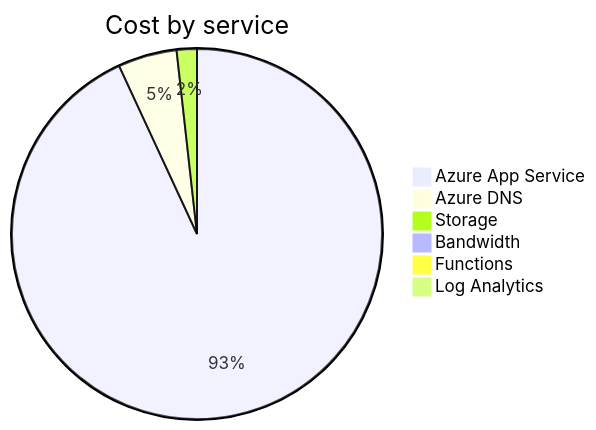
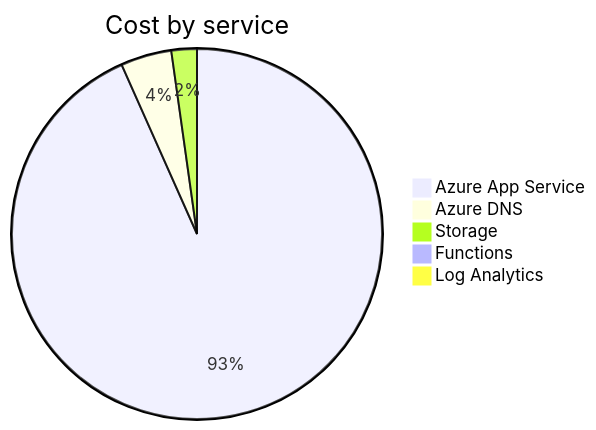
One commit to jpfulton/azure-personal-reports changed the second of 4 diagrams in cost-reports/accumulated-cost.md. Above: the diagram before and after it, drawn with Mermaid. The commit also changed other lines of this file and 4 other files, not shown here.

````diff
--- a/cost-reports/accumulated-cost.md
+++ b/cost-reports/accumulated-cost.md
@@ -100,10 +99,9 @@
 ```mermaid
 pie
    title Cost by service
-   "Azure App Service" : 17.93
-   "Azure DNS" : 0.99
-   "Storage" : 0.34
-   "Bandwidth" : 0.00
+   "Azure App Service" : 0.42
+   "Azure DNS" : 0.02
+   "Storage" : 0.01
    "Functions" : 0.00
    "Log Analytics" : 0.00
 ```
````
